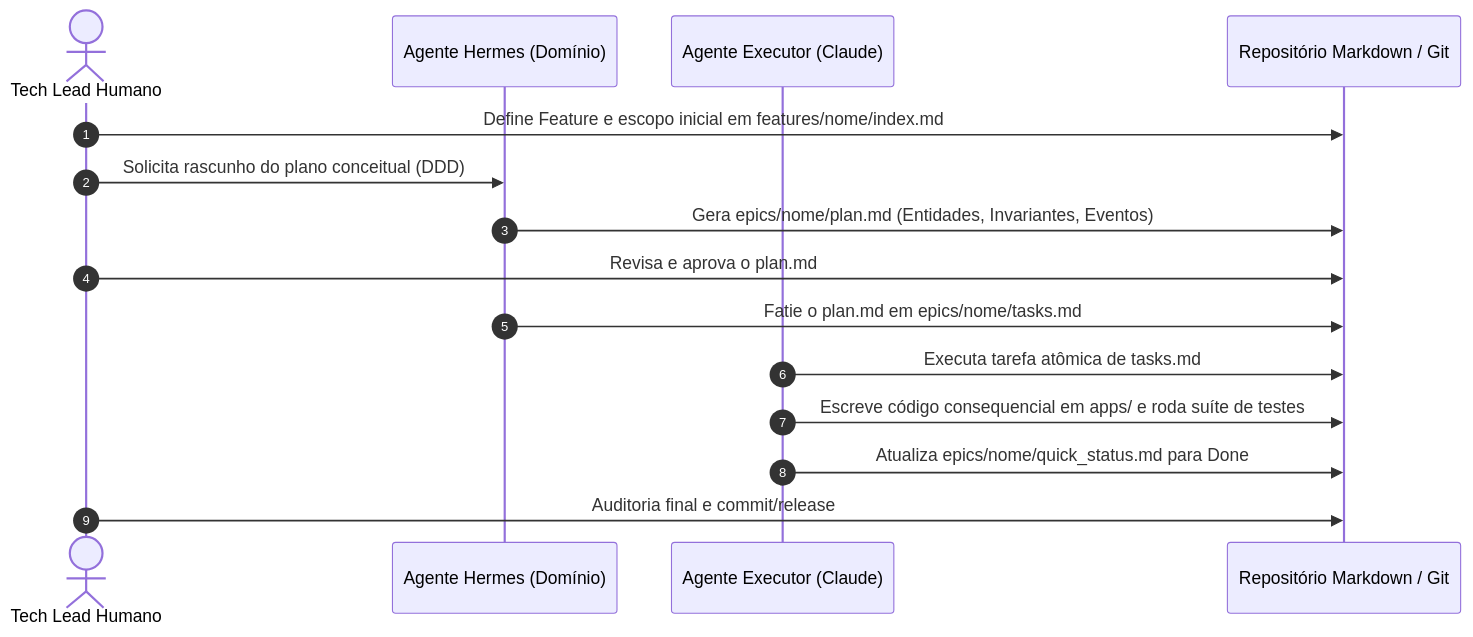
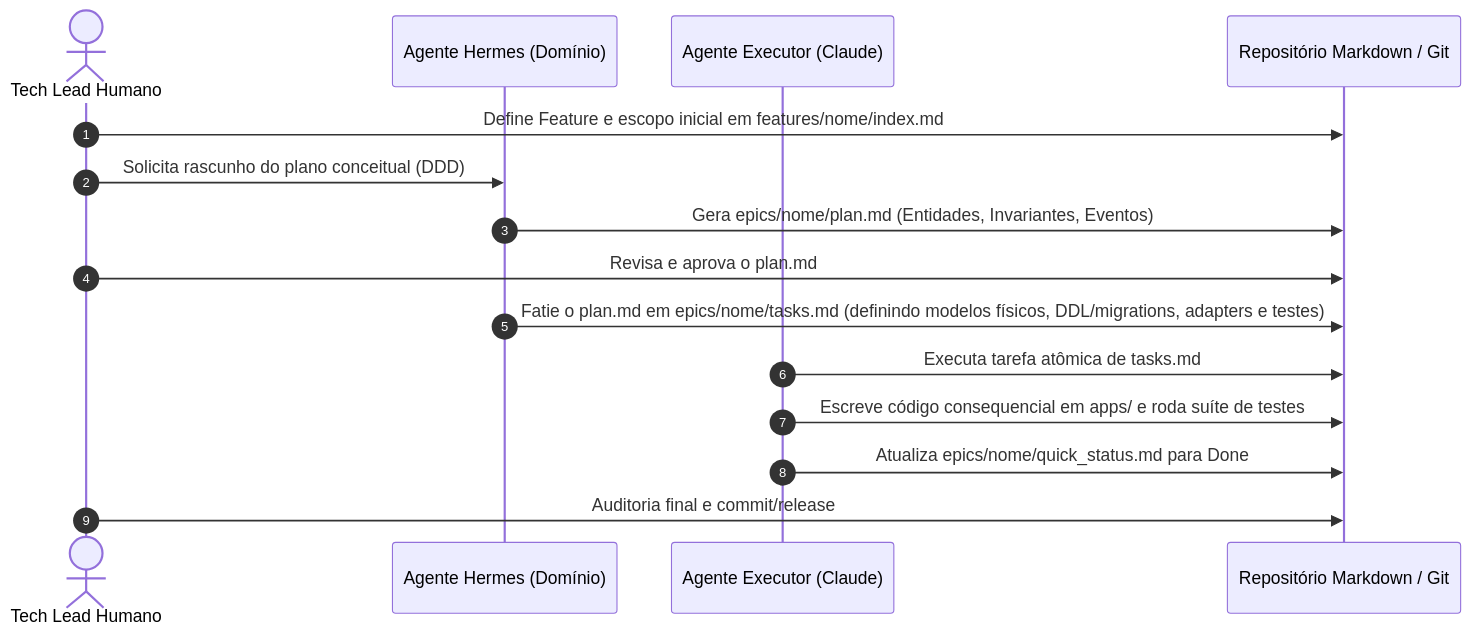
Before and after one commit to m4rc0s/agentic_sample: the diagram in team_playbook.md, drawn with Mermaid. The commit also changed 4 other files, not shown here.

````diff
--- a/team_playbook.md
+++ b/team_playbook.md
@@ -20,18 +20,18 @@
 ```mermaid
 sequenceDiagram
     autonumber
     actor H as Tech Lead Humano
     participant A1 as Agente Hermes (Domínio)
     participant A2 as Agente Executor (Claude)
     participant F as Repositório Markdown / Git
 
     H->>F: Define Feature e escopo inicial em features/nome/index.md
     H->>A1: Solicita rascunho do plano conceitual (DDD)
     A1->>F: Gera epics/nome/plan.md (Entidades, Invariantes, Eventos)
     H->>F: Revisa e aprova o plan.md
-    A1->>F: Fatie o plan.md em epics/nome/tasks.md
+    A1->>F: Fatie o plan.md em epics/nome/tasks.md (definindo modelos físicos, DDL/migrations, adapters e testes)
     A2->>F: Executa tarefa atômica de tasks.md
     A2->>F: Escreve código consequencial em apps/ e roda suíte de testes
     A2->>F: Atualiza epics/nome/quick_status.md para Done
     H->>F: Auditoria final e commit/release
 ```
````
